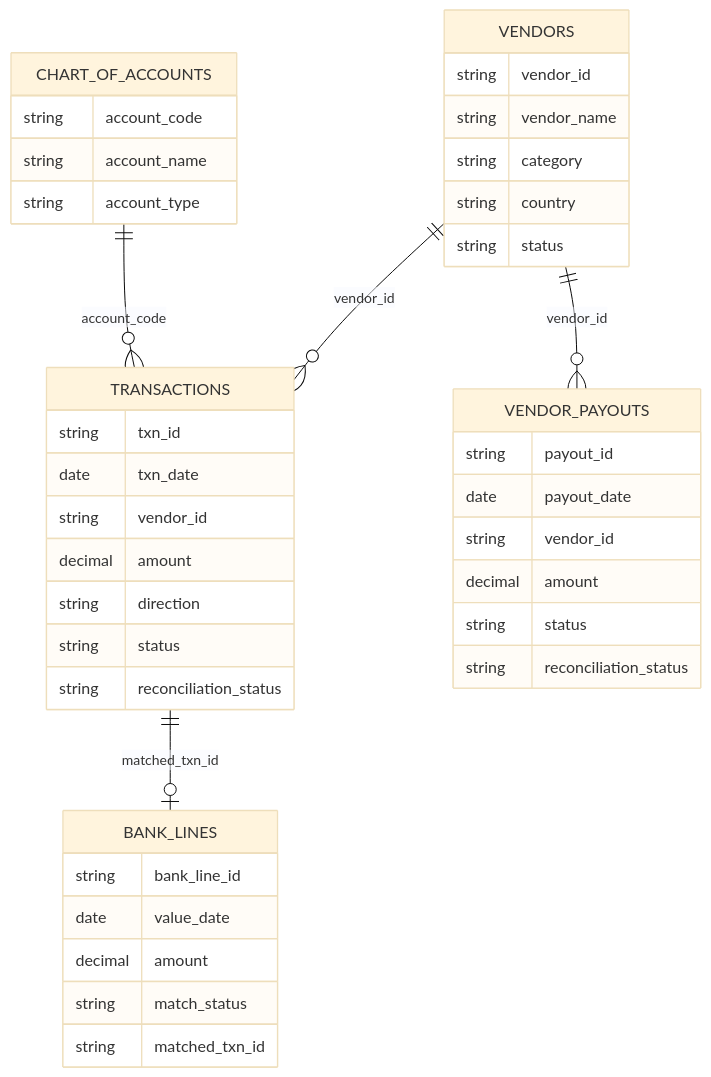
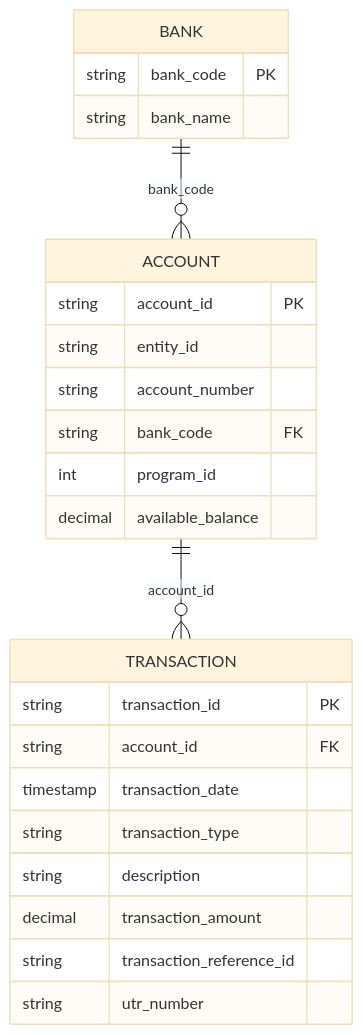
One commit to SuryaSachan/AI-Finance-Assistant changed the second of 2 diagrams in docs/architecture.md. Above: the diagram before and after it, drawn with Mermaid (base theme). The commit also changed other lines of this file and 23 other files, not shown here.

Commit message:
database Schema added

````diff
--- a/docs/architecture.md
+++ b/docs/architecture.md
@@ -82,13 +87,9 @@
 ```mermaid
 erDiagram
-    VENDORS ||--o{ TRANSACTIONS : "vendor_id"
-    VENDORS ||--o{ VENDOR_PAYOUTS : "vendor_id"
-    CHART_OF_ACCOUNTS ||--o{ TRANSACTIONS : "account_code"
-    TRANSACTIONS ||--o| BANK_LINES : "matched_txn_id"
+    BANK ||--o{ ACCOUNT : "bank_code"
+    ACCOUNT ||--o{ TRANSACTION : "account_id"
 
-    VENDORS { string vendor_id string vendor_name string category string country string status }
-    CHART_OF_ACCOUNTS { string account_code string account_name string account_type }
-    TRANSACTIONS { string txn_id date txn_date string vendor_id decimal amount string direction string status string reconciliation_status }
-    VENDOR_PAYOUTS { string payout_id date payout_date string vendor_id decimal amount string status string reconciliation_status }
-    BANK_LINES { string bank_line_id date value_date decimal amount string match_status string matched_txn_id }
+    BANK { string bank_code PK string bank_name }
+    ACCOUNT { string account_id PK string entity_id string account_number string bank_code FK int program_id decimal available_balance }
+    TRANSACTION { string transaction_id PK string account_id FK timestamp transaction_date string transaction_type string description decimal transaction_amount string transaction_reference_id string utr_number }
 ```
````
